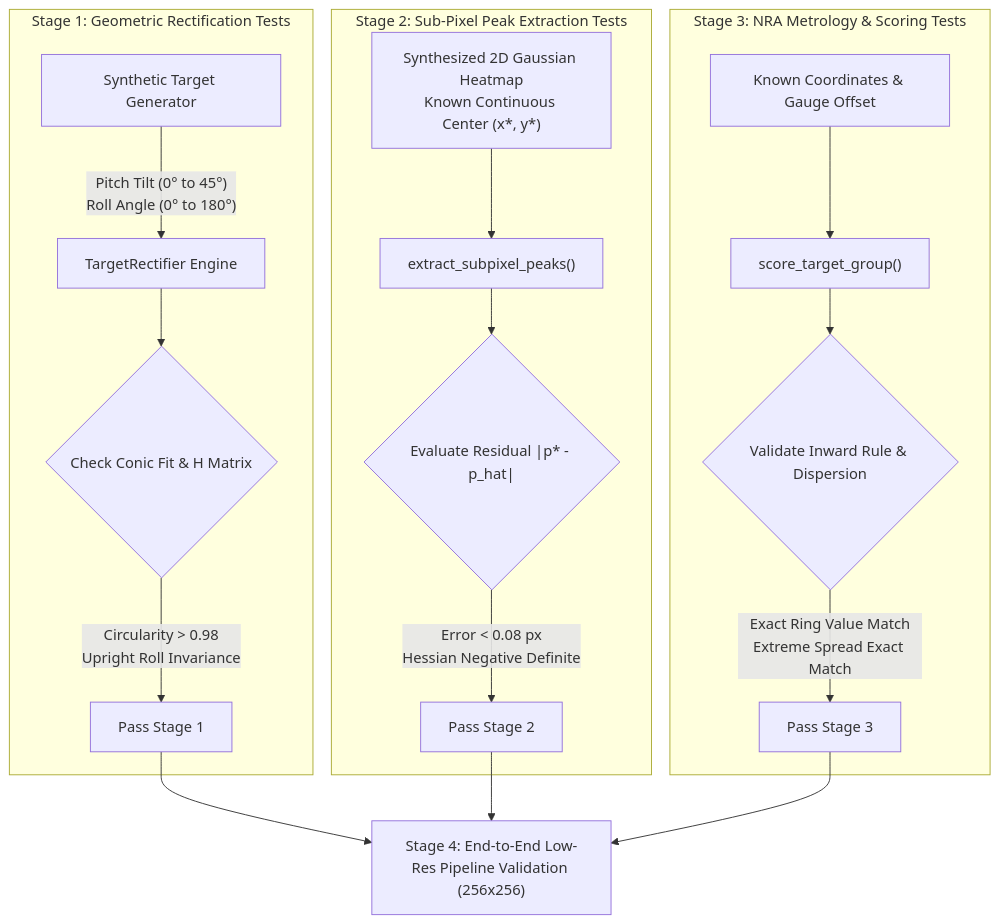
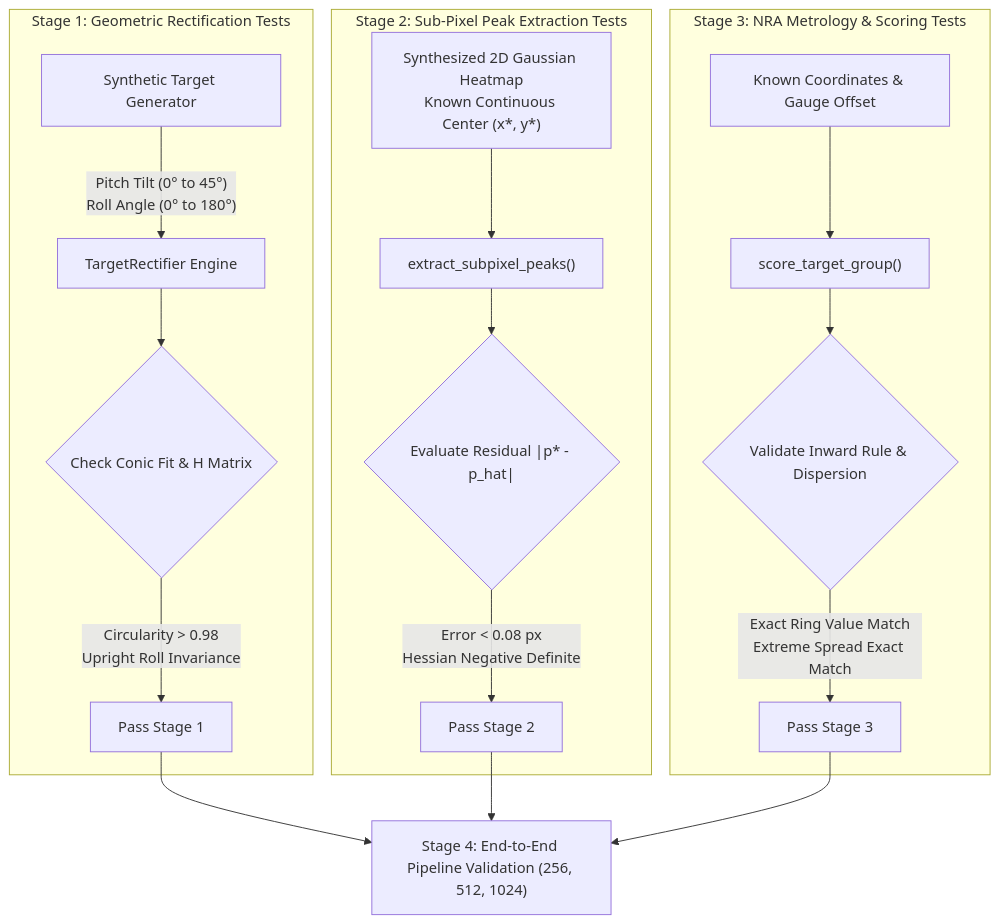
One commit to aiannetti/ACI-Target-Scorer changed the diagram in docs/target_scoring_testing_plan.md. Above: the diagram before and after it, drawn with Mermaid. The commit also changed other lines of this file and 4 other files, not shown here.

````diff
--- a/docs/target_scoring_testing_plan.md
+++ b/docs/target_scoring_testing_plan.md
@@ -36,24 +26,24 @@
 ```mermaid
 flowchart TD
     subgraph S1["Stage 1: Geometric Rectification Tests"]
         A1["Synthetic Target Generator"] -->|"Pitch Tilt (0° to 45°)<br/>Roll Angle (0° to 180°)"| B1["TargetRectifier Engine"]
         B1 --> C1{"Check Conic Fit & H Matrix"}
         C1 -->|"Circularity > 0.98<br/>Upright Roll Invariance"| D1["Pass Stage 1"]
     end
 
     subgraph S2["Stage 2: Sub-Pixel Peak Extraction Tests"]
         A2["Synthesized 2D Gaussian Heatmap<br/>Known Continuous Center (x*, y*)"] --> B2["extract_subpixel_peaks()"]
         B2 --> C2{"Evaluate Residual |p* - p_hat|"}
         C2 -->|"Error < 0.08 px<br/>Hessian Negative Definite"| D2["Pass Stage 2"]
     end
 
     subgraph S3["Stage 3: NRA Metrology & Scoring Tests"]
         A3["Known Coordinates & Gauge Offset"] --> B3["score_target_group()"]
         B3 --> C3{"Validate Inward Rule & Dispersion"}
         C3 -->|"Exact Ring Value Match<br/>Extreme Spread Exact Match"| D3["Pass Stage 3"]
     end
 
-    D1 --> E["Stage 4: End-to-End Low-Res Pipeline Validation (256x256)"]
+    D1 --> E["Stage 4: End-to-End Pipeline Validation (256, 512, 1024)"]
     D2 --> E
     D3 --> E
 ```
````
